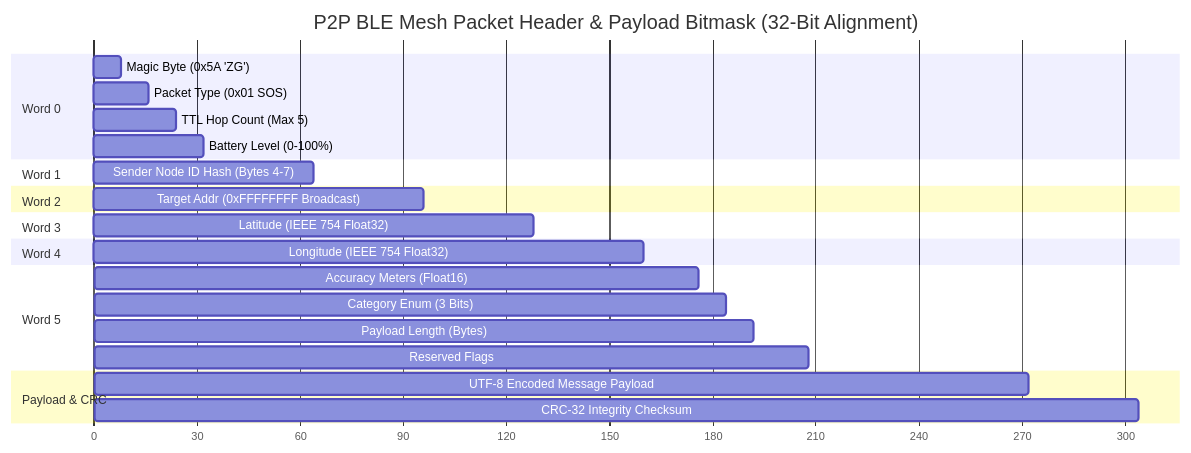
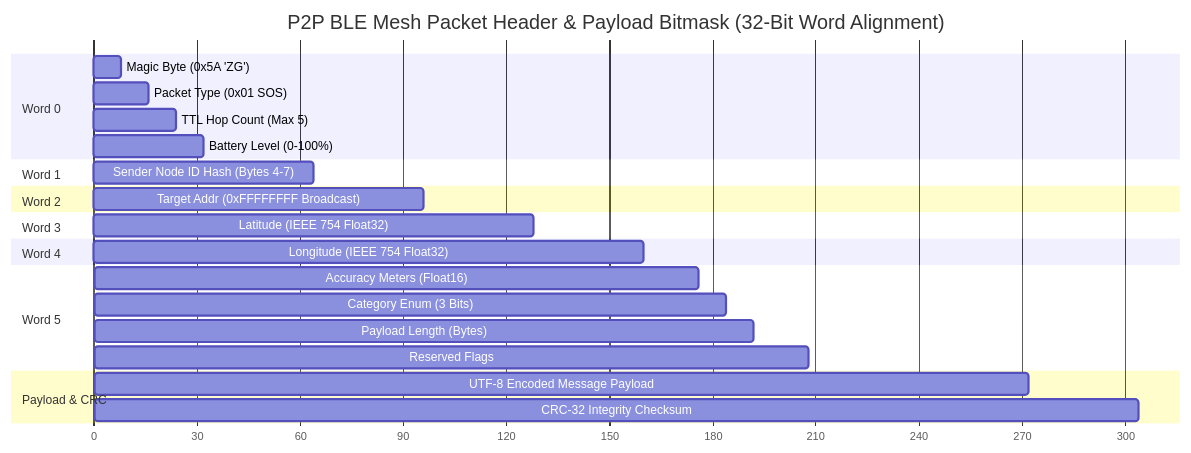
One commit to hehemohit/Zero_Grid changed the third of 6 diagrams in README.md. Above: the diagram before and after it, drawn with Mermaid. The commit also changed other lines of this file, not shown here.

````diff
--- a/README.md
+++ b/README.md
@@ -209,34 +371,34 @@
 ```mermaid
 gantt
-    title P2P BLE Mesh Packet Header & Payload Bitmask (32-Bit Alignment)
+    title P2P BLE Mesh Packet Header & Payload Bitmask (32-Bit Word Alignment)
     dateFormat X
     axisFormat %s
 
     section Word 0
     Magic Byte (0x5A 'ZG')        :0, 8
     Packet Type (0x01 SOS)         :8, 16
     TTL Hop Count (Max 5)          :16, 24
     Battery Level (0-100%)         :24, 32
 
     section Word 1
     Sender Node ID Hash (Bytes 4-7) :32, 64
 
     section Word 2
     Target Addr (0xFFFFFFFF Broadcast) :64, 96
 
     section Word 3
     Latitude (IEEE 754 Float32)     :96, 128
 
     section Word 4
     Longitude (IEEE 754 Float32)    :128, 160
 
     section Word 5
     Accuracy Meters (Float16)      :160, 176
     Category Enum (3 Bits)         :176, 184
     Payload Length (Bytes)         :184, 192
     Reserved Flags                 :192, 208
 
     section Payload & CRC
     UTF-8 Encoded Message Payload  :208, 272
     CRC-32 Integrity Checksum      :272, 304
 ```
````
